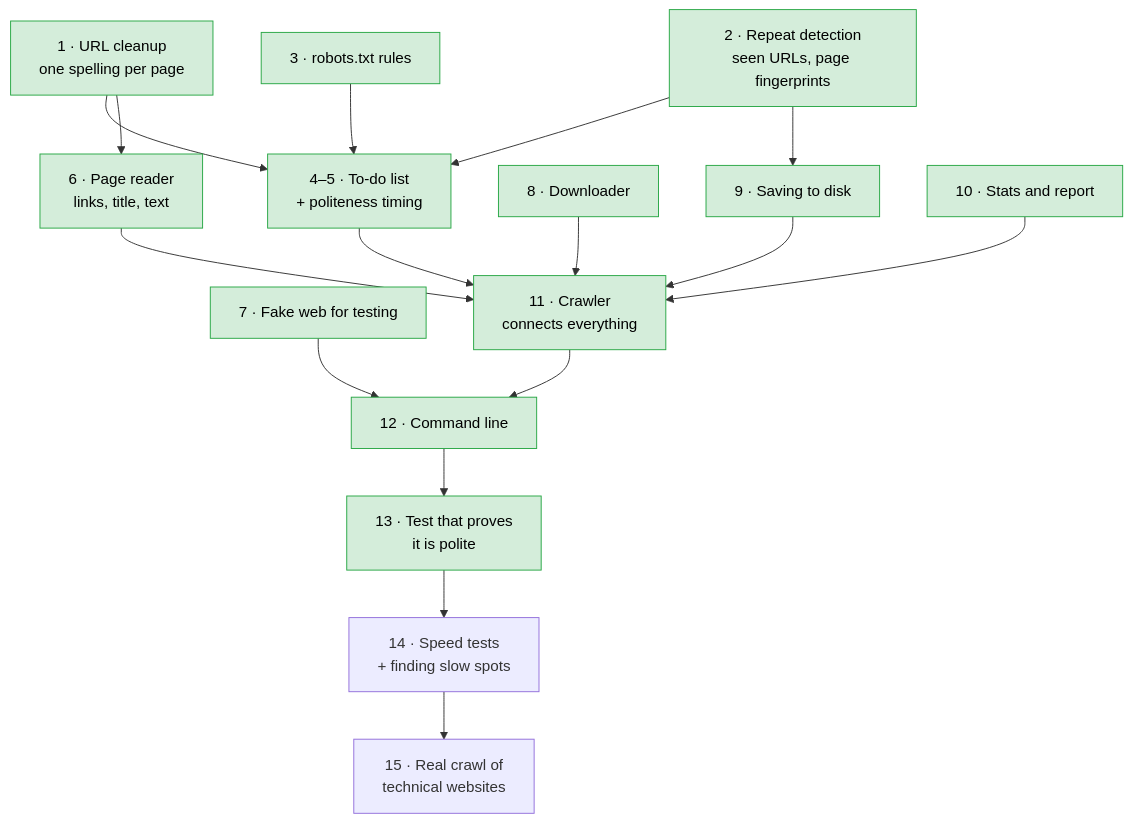
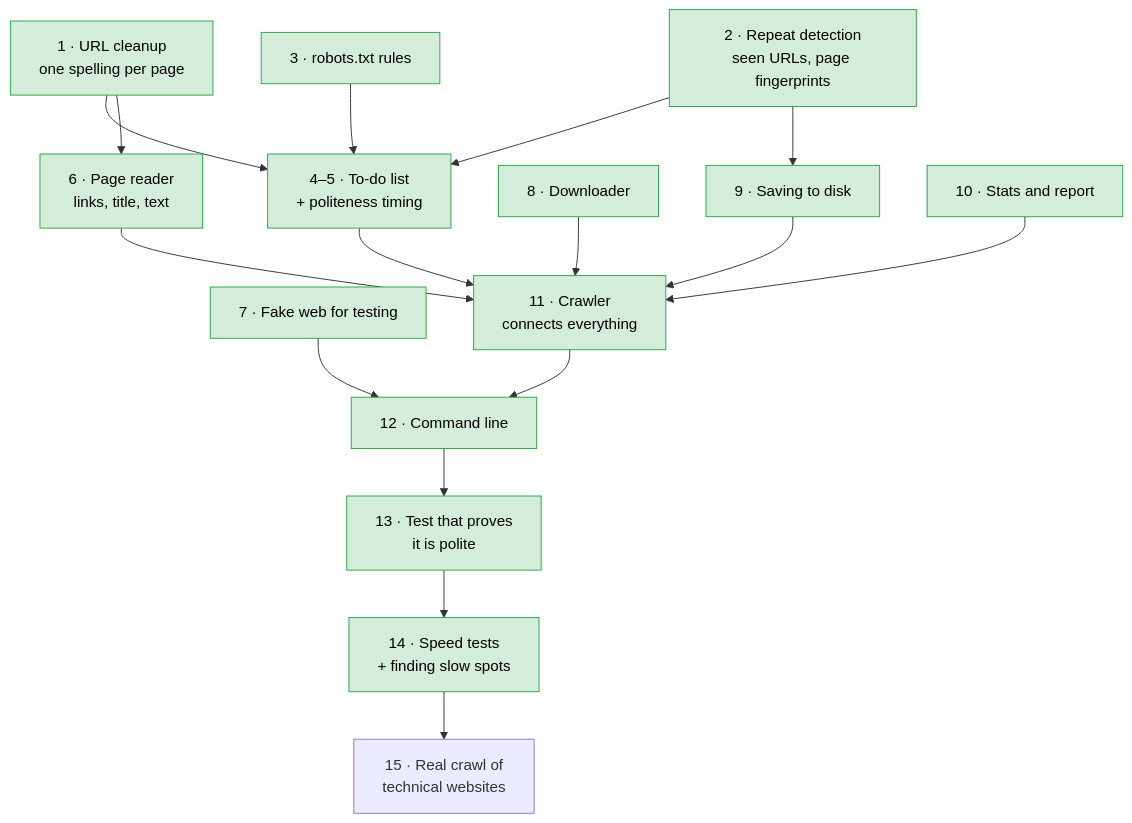
The fourth of 4 diagrams in README.md (Armaan-king/McCrawl), drawn with Mermaid before and after one commit. The commit also changed other lines of this file and 3 other files, not shown here.

````diff
--- a/README.md
+++ b/README.md
@@ -118,33 +118,33 @@
 ```mermaid
 flowchart TD
     urlnorm["1 · URL cleanup<br/>one spelling per page"]:::done
     dedup["2 · Repeat detection<br/>seen URLs, page fingerprints"]:::done
     robots["3 · robots.txt rules"]:::done
     frontier["4–5 · To-do list<br/>+ politeness timing"]:::done
     parse["6 · Page reader<br/>links, title, text"]:::done
     mockweb["7 · Fake web for testing"]:::done
     fetch["8 · Downloader"]:::done
     store["9 · Saving to disk"]:::done
     metrics["10 · Stats and report"]:::done
     crawler["11 · Crawler<br/>connects everything"]:::done
     cli["12 · Command line"]:::done
     proof["13 · Test that proves<br/>it is polite"]:::done
-    bench["14 · Speed tests<br/>+ finding slow spots"]
+    bench["14 · Speed tests<br/>+ finding slow spots"]:::done
     real["15 · Real crawl of<br/>technical websites"]
 
     urlnorm --> frontier
     dedup --> frontier
     robots --> frontier
     urlnorm --> parse
     dedup --> store
     frontier --> crawler
     parse --> crawler
     fetch --> crawler
     store --> crawler
     metrics --> crawler
     crawler --> cli
     mockweb --> cli
     cli --> proof --> bench --> real
 
     classDef done fill:#d4edda,stroke:#28a745,color:#000
 ```
````
